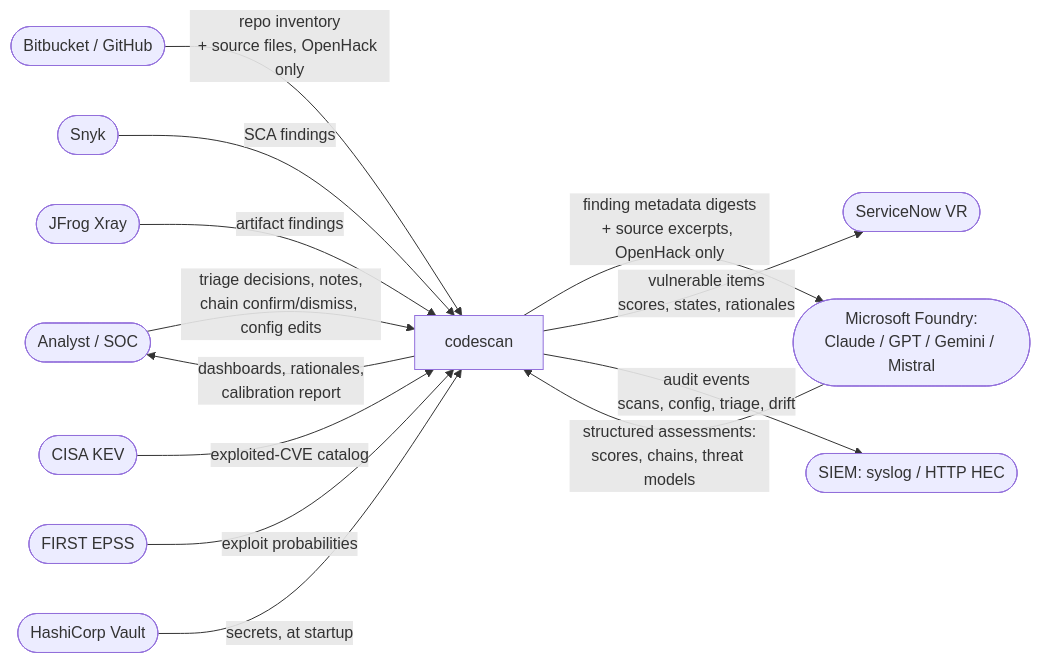
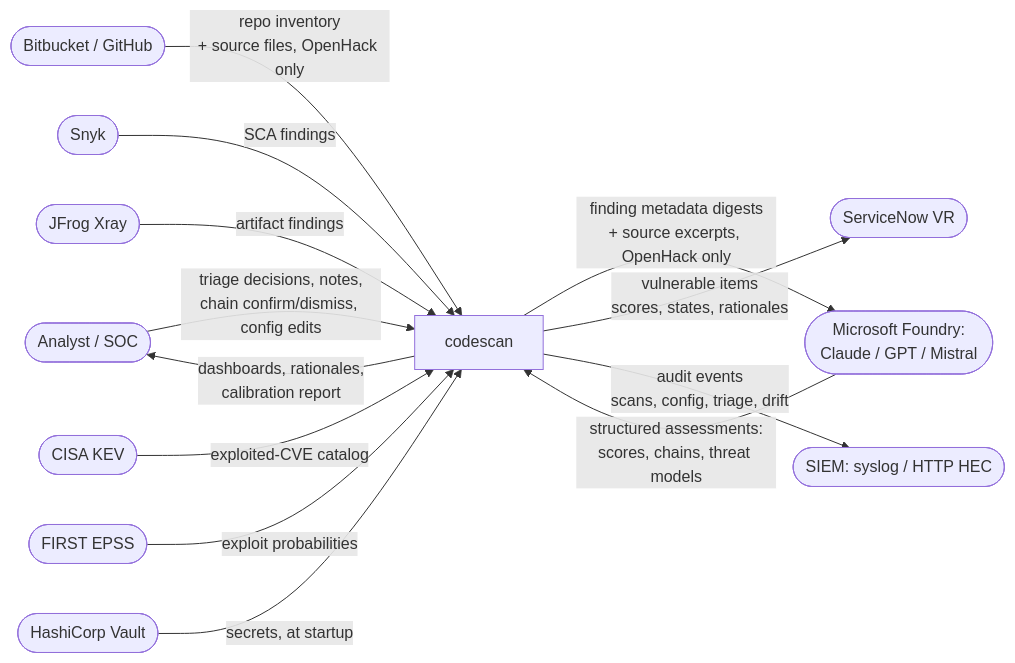
The first of 3 diagrams in docs/DATAFLOW.md (mfmiguez-oss/codescan), drawn with Mermaid before and after one commit. The commit also changed other lines of this file and 24 other files, not shown here.

````diff
--- a/docs/DATAFLOW.md
+++ b/docs/DATAFLOW.md
@@ -16,18 +16,18 @@
 ```mermaid
 flowchart LR
   AN(["Analyst / SOC"]) -->|"triage decisions, notes,<br/>chain confirm/dismiss, config edits"| CS
   CS -->|"dashboards, rationales,<br/>calibration report"| AN
 
   SCM(["Bitbucket / GitHub"]) -->|"repo inventory<br/>+ source files, OpenHack only"| CS["codescan"]
   SNYK(["Snyk"]) -->|"SCA findings"| CS
   XRAY(["JFrog Xray"]) -->|"artifact findings"| CS
   KEV(["CISA KEV"]) -->|"exploited-CVE catalog"| CS
   EPSS(["FIRST EPSS"]) -->|"exploit probabilities"| CS
 
-  CS -->|"finding metadata digests<br/>+ source excerpts, OpenHack only"| AI(["Microsoft Foundry:<br/>Claude / GPT / Gemini / Mistral"])
+  CS -->|"finding metadata digests<br/>+ source excerpts, OpenHack only"| AI(["Microsoft Foundry:<br/>Claude / GPT / Mistral"])
   AI -->|"structured assessments:<br/>scores, chains, threat models"| CS
 
   VLT(["HashiCorp Vault"]) -->|"secrets, at startup"| CS
   CS -->|"vulnerable items<br/>scores, states, rationales"| SN(["ServiceNow VR"])
   CS -->|"audit events<br/>scans, config, triage, drift"| SIEM(["SIEM: syslog / HTTP HEC"])
 ```
````
